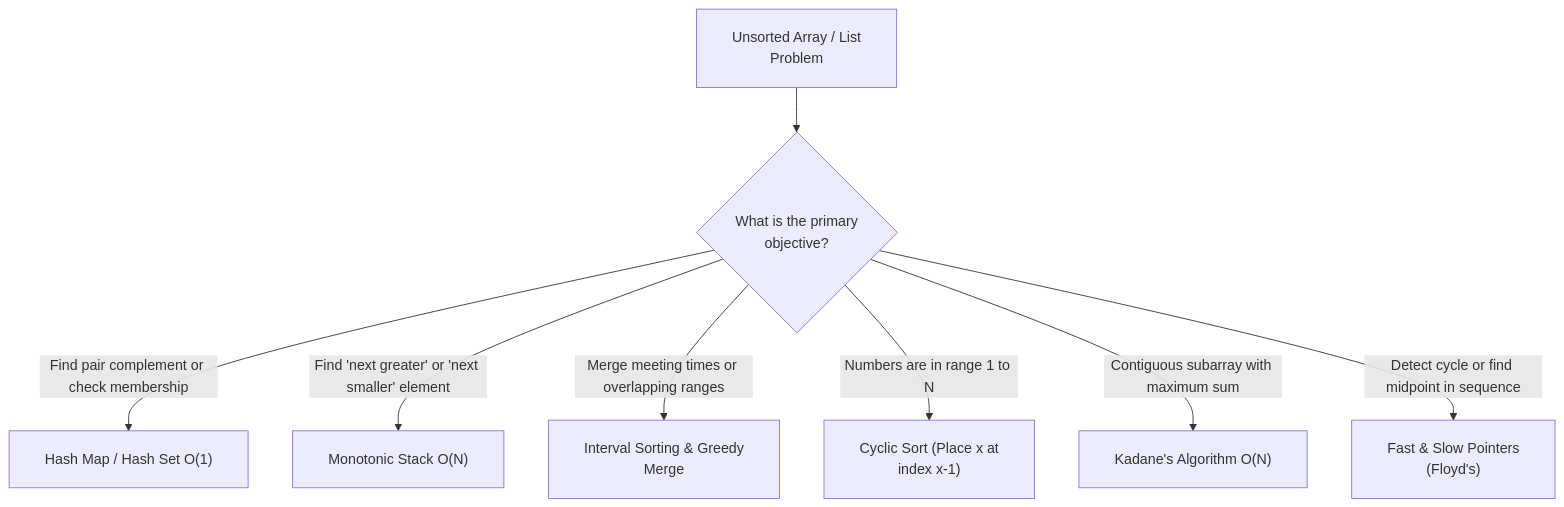
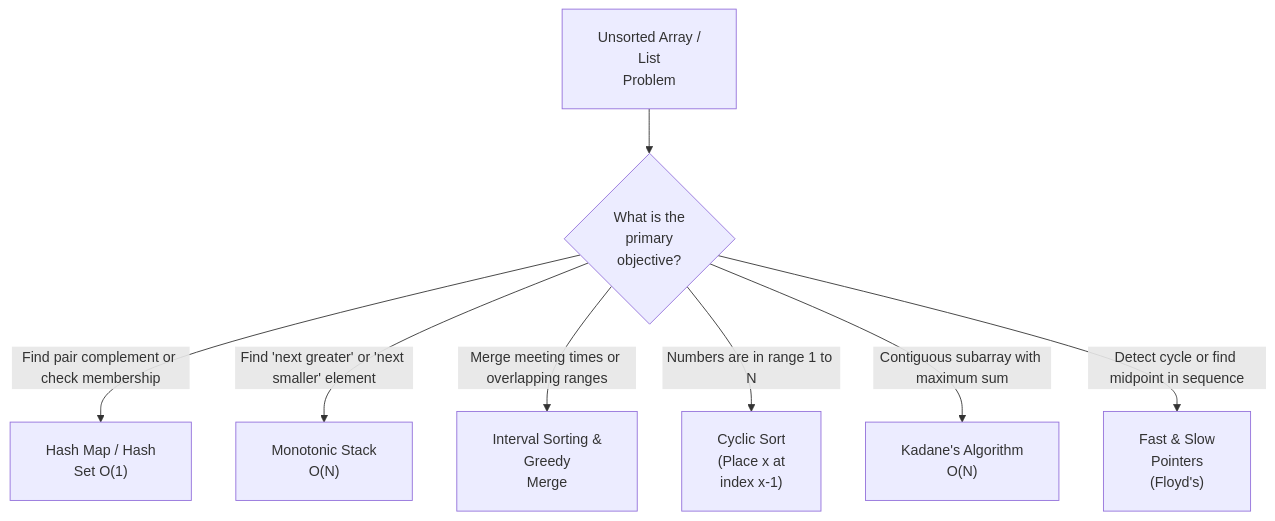
Before and after one commit to dip4k/DSA_102: the diagram in week_05_tier_1_critical_patterns/support files/Week_05_Problem_Solving_Roadmap.md, drawn with Mermaid. The commit also changed 106 other files, not shown here.

First line of the commit message:
fix(mermaid): prevent text clipping with foreignObject overflow and tighter line wrapping

````diff
--- a/week_05_tier_1_critical_patterns/support files/Week_05_Problem_Solving_Roadmap.md
+++ b/week_05_tier_1_critical_patterns/support files/Week_05_Problem_Solving_Roadmap.md
@@ -16,11 +16,11 @@
 ```mermaid
-%%{init: {"flowchart": {"htmlLabels": true, "padding": 20}}}%%
+%%{init: {"flowchart": {"htmlLabels": true, "padding": 20}, "themeCSS": "foreignObject { overflow: visible !important; }"}}%%
 flowchart TD
-    Start["Unsorted Array / List<br/>Problem"] --> Q1{"What is the primary<br/>objective?"}
-    Q1 -->|Find pair complement or check membership| P1["Hash Map / Hash Set O(1)"]
-    Q1 -->|"Find 'next greater' or 'next smaller' element"| P2["Monotonic Stack O(N)"]
-    Q1 -->|Merge meeting times or overlapping ranges| P3["Interval Sorting & Greedy<br/>Merge"]
-    Q1 -->|Numbers are in range 1 to N| P4["Cyclic Sort (Place x at<br/>index x-1)"]
-    Q1 -->|Contiguous subarray with maximum sum| P5["Kadane's Algorithm O(N)"]
-    Q1 -->|Detect cycle or find midpoint in sequence| P6["Fast & Slow Pointers<br/>(Floyd's)"]
+    Start["Unsorted Array /<br/>List<br/>Problem"] --> Q1{"What is the<br/>primary<br/>objective?"}
+    Q1 -->|Find pair complement or check membership| P1["Hash Map / Hash<br/>Set O(1)"]
+    Q1 -->|"Find 'next greater' or 'next smaller' element"| P2["Monotonic Stack<br/>O(N)"]
+    Q1 -->|Merge meeting times or overlapping ranges| P3["Interval Sorting &<br/>Greedy<br/>Merge"]
+    Q1 -->|Numbers are in range 1 to N| P4["Cyclic Sort<br/>(Place x at<br/>index x-1)"]
+    Q1 -->|Contiguous subarray with maximum sum| P5["Kadane's Algorithm<br/>O(N)"]
+    Q1 -->|Detect cycle or find midpoint in sequence| P6["Fast & Slow<br/>Pointers<br/>(Floyd's)"]
 ```
````
